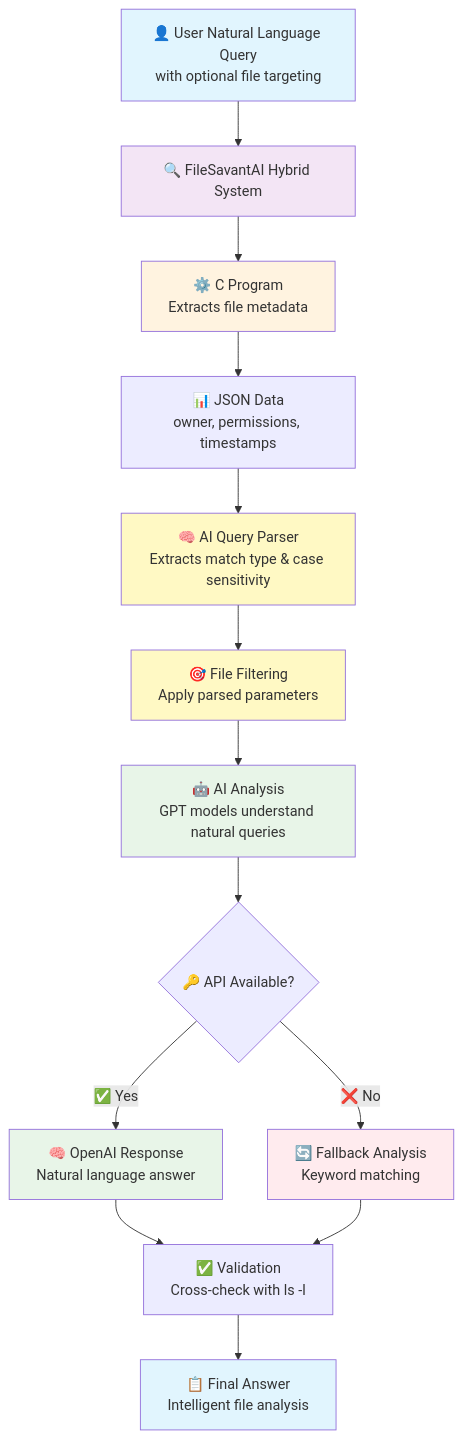
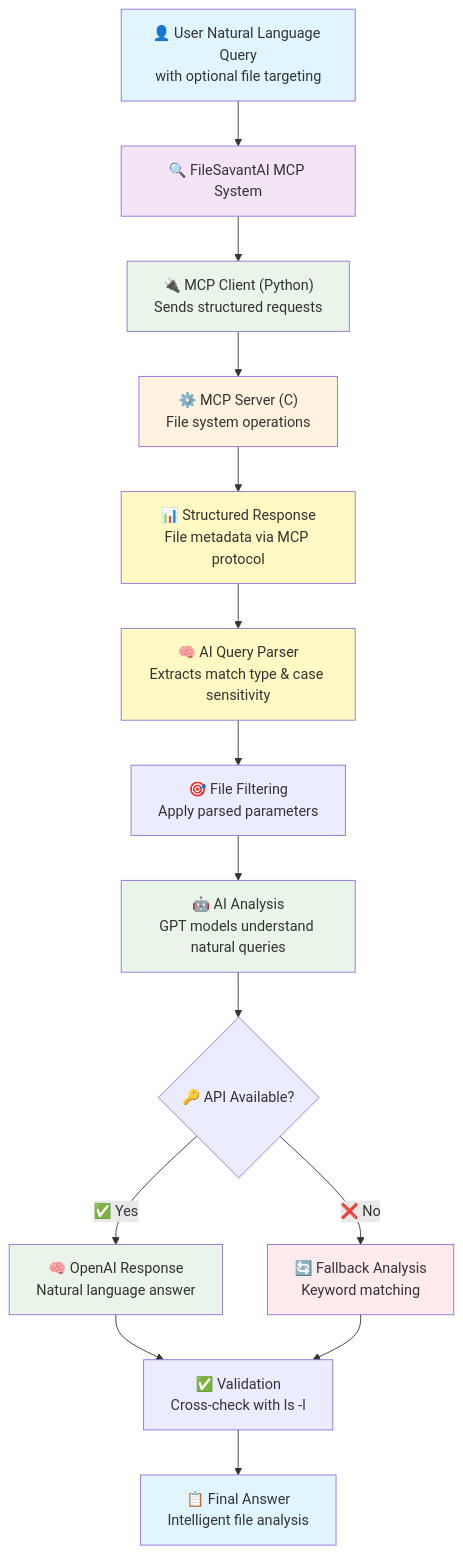
The diagram in README.md (engmohamedsalah/FileSavantAI), drawn with Mermaid before and after one commit. The commit also changed other lines of this file and 6 other files, not shown here.

````diff
--- a/README.md
+++ b/README.md
@@ -362,31 +362,33 @@
 ```mermaid
 graph TD
-    A["👤 User Natural Language Query<br/>with optional file targeting"] --> B["🔍 FileSavantAI Hybrid System"]
+    A["👤 User Natural Language Query<br/>with optional file targeting"] --> B["🔍 FileSavantAI MCP System"]
     
-    B --> C["⚙️ C Program<br/>Extracts file metadata"]
-    C --> D["📊 JSON Data<br/>owner, permissions, timestamps"]
+    B --> C["🔌 MCP Client (Python)<br/>Sends structured requests"]
+    C --> D["⚙️ MCP Server (C)<br/>File system operations"]
+    D --> E["📊 Structured Response<br/>File metadata via MCP protocol"]
     
-    D --> E["🧠 AI Query Parser<br/>Extracts match type & case sensitivity"]
-    E --> F["🎯 File Filtering<br/>Apply parsed parameters"]
+    E --> F["🧠 AI Query Parser<br/>Extracts match type & case sensitivity"]
+    F --> G["🎯 File Filtering<br/>Apply parsed parameters"]
     
-    F --> G["🤖 AI Analysis<br/>GPT models understand natural queries"]
-    G --> H{"🔑 API Available?"}
+    G --> H["🤖 AI Analysis<br/>GPT models understand natural queries"]
+    H --> I{"🔑 API Available?"}
     
-    H -->|"✅ Yes"| I["🧠 OpenAI Response<br/>Natural language answer"]
-    H -->|"❌ No"| J["🔄 Fallback Analysis<br/>Keyword matching"]
+    I -->|"✅ Yes"| J["🧠 OpenAI Response<br/>Natural language answer"]
+    I -->|"❌ No"| K["🔄 Fallback Analysis<br/>Keyword matching"]
     
-    I --> K["✅ Validation<br/>Cross-check with ls -l"]
-    J --> K
+    J --> L["✅ Validation<br/>Cross-check with ls -l"]
+    K --> L
     
-    K --> L["📋 Final Answer<br/>Intelligent file analysis"]
+    L --> M["📋 Final Answer<br/>Intelligent file analysis"]
     
     style A fill:#e1f5fe
     style B fill:#f3e5f5
-    style C fill:#fff3e0
+    style C fill:#e8f5e8
+    style D fill:#fff3e0
     style E fill:#fff9c4
     style F fill:#fff9c4
-    style G fill:#e8f5e8
-    style I fill:#e8f5e8
-    style J fill:#ffebee
-    style L fill:#e1f5fe
+    style H fill:#e8f5e8
+    style J fill:#e8f5e8
+    style K fill:#ffebee
+    style M fill:#e1f5fe
 ```
````
